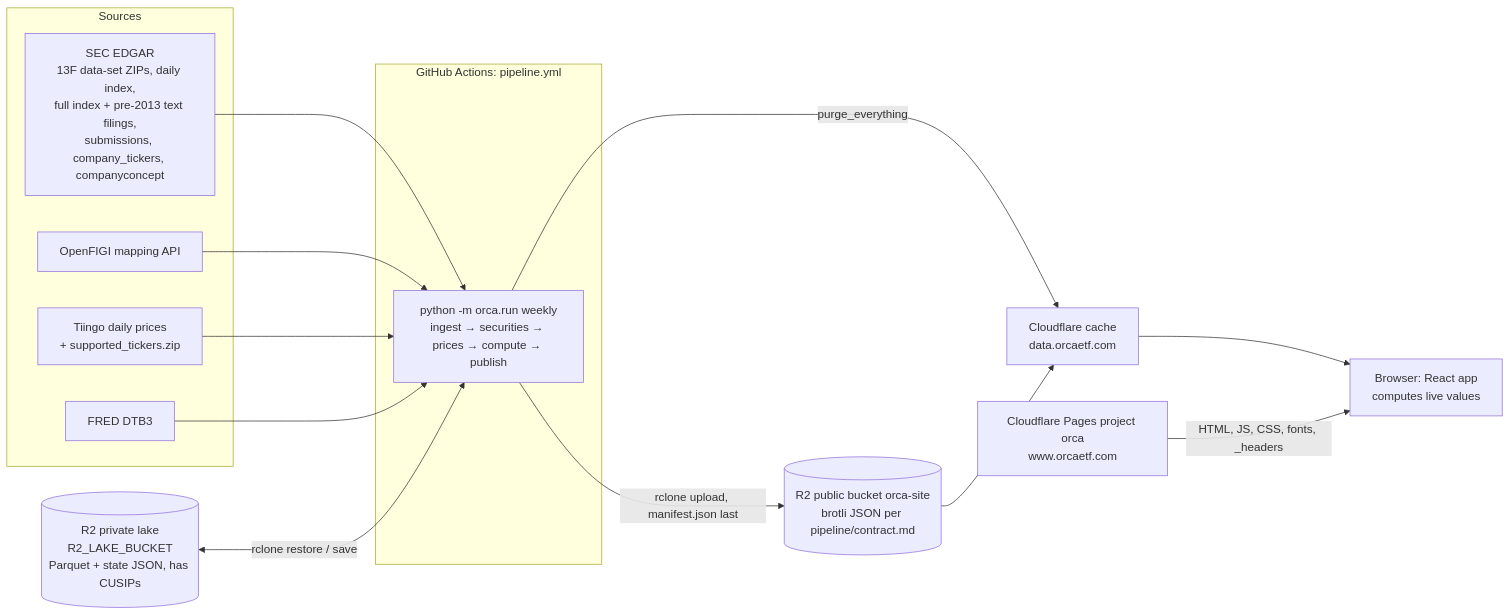
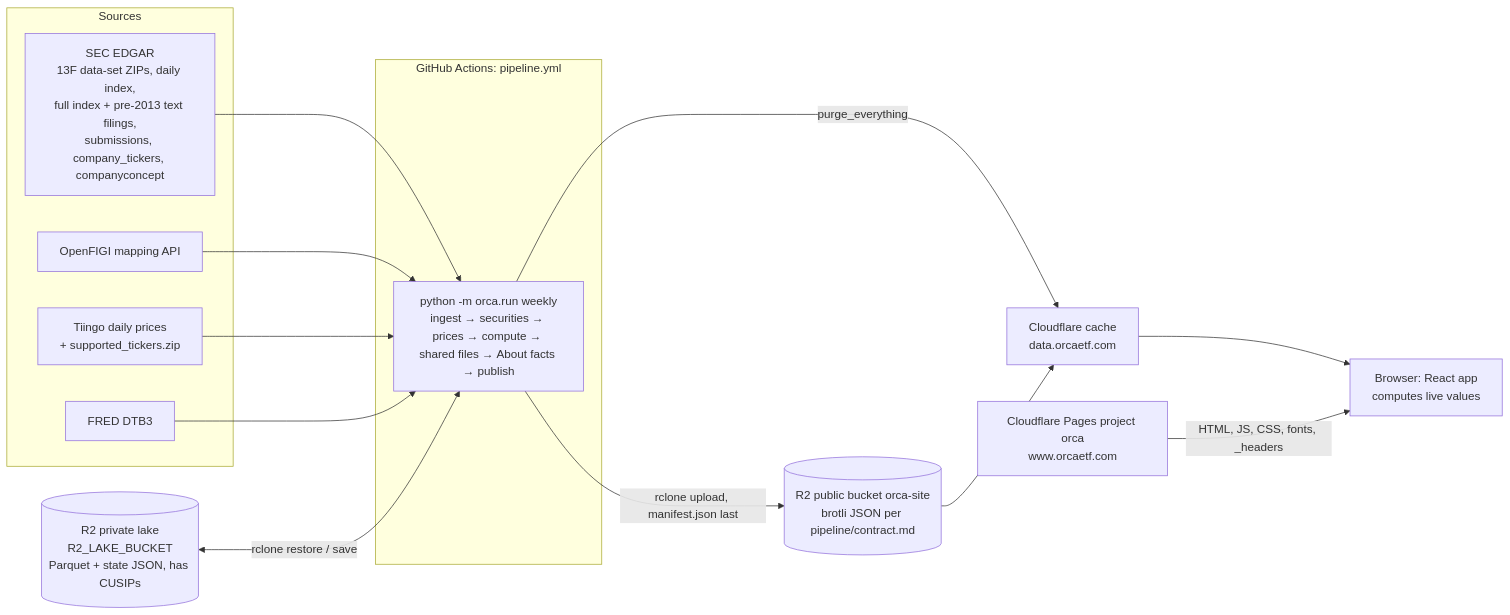
Before and after one commit to Cannibara/Orca: the diagram in docs/ARCHITECTURE.md, drawn with Mermaid. The commit also changed other lines of this file and 8 other files, not shown here.

````diff
--- a/docs/ARCHITECTURE.md
+++ b/docs/ARCHITECTURE.md
@@ -7,26 +7,26 @@
 ```mermaid
 flowchart LR
   subgraph Sources
     SEC[SEC EDGAR<br/>13F data-set ZIPs, daily index,<br/>full index + pre-2013 text filings,<br/>submissions, company_tickers, companyconcept]
     FIGI[OpenFIGI mapping API]
     TI[Tiingo daily prices<br/>+ supported_tickers.zip]
     FRED[FRED DTB3]
   end
   subgraph GHA[GitHub Actions: pipeline.yml]
-    RUN[python -m orca.run weekly<br/>ingest → securities → prices → compute → publish]
+    RUN[python -m orca.run weekly<br/>ingest → securities → prices → compute → shared files → About facts → publish]
   end
   LAKE[(R2 private lake<br/>R2_LAKE_BUCKET<br/>Parquet + state JSON, has CUSIPs)]
   SITE[(R2 public bucket orca-site<br/>brotli JSON per pipeline/contract.md)]
   CDN[Cloudflare cache<br/>data.orcaetf.com]
   PAGES[Cloudflare Pages project orca<br/>www.orcaetf.com]
   UI[Browser: React app<br/>computes live values]
   SEC --> RUN
   FIGI --> RUN
   TI --> RUN
   FRED --> RUN
   LAKE <-->|rclone restore / save| RUN
   RUN -->|rclone upload, manifest.json last| SITE
   RUN -->|purge_everything| CDN
   SITE --> CDN --> UI
   PAGES -->|HTML, JS, CSS, fonts, _headers| UI
 ```
````
